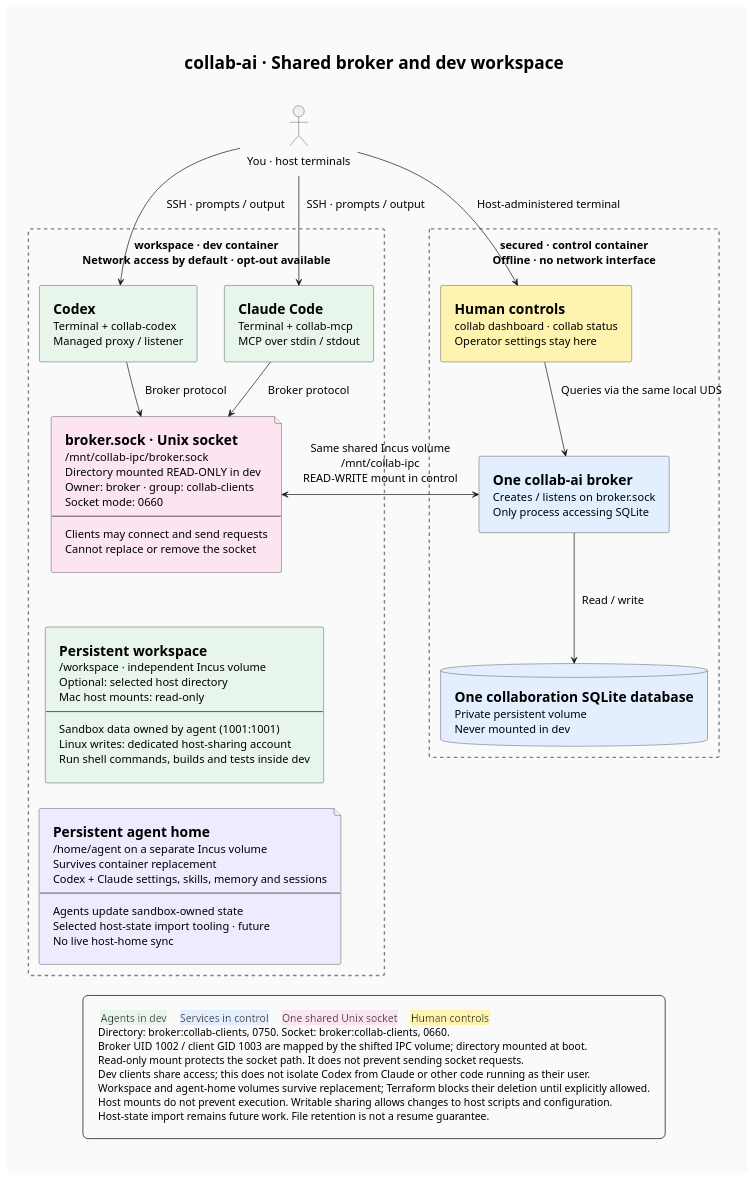
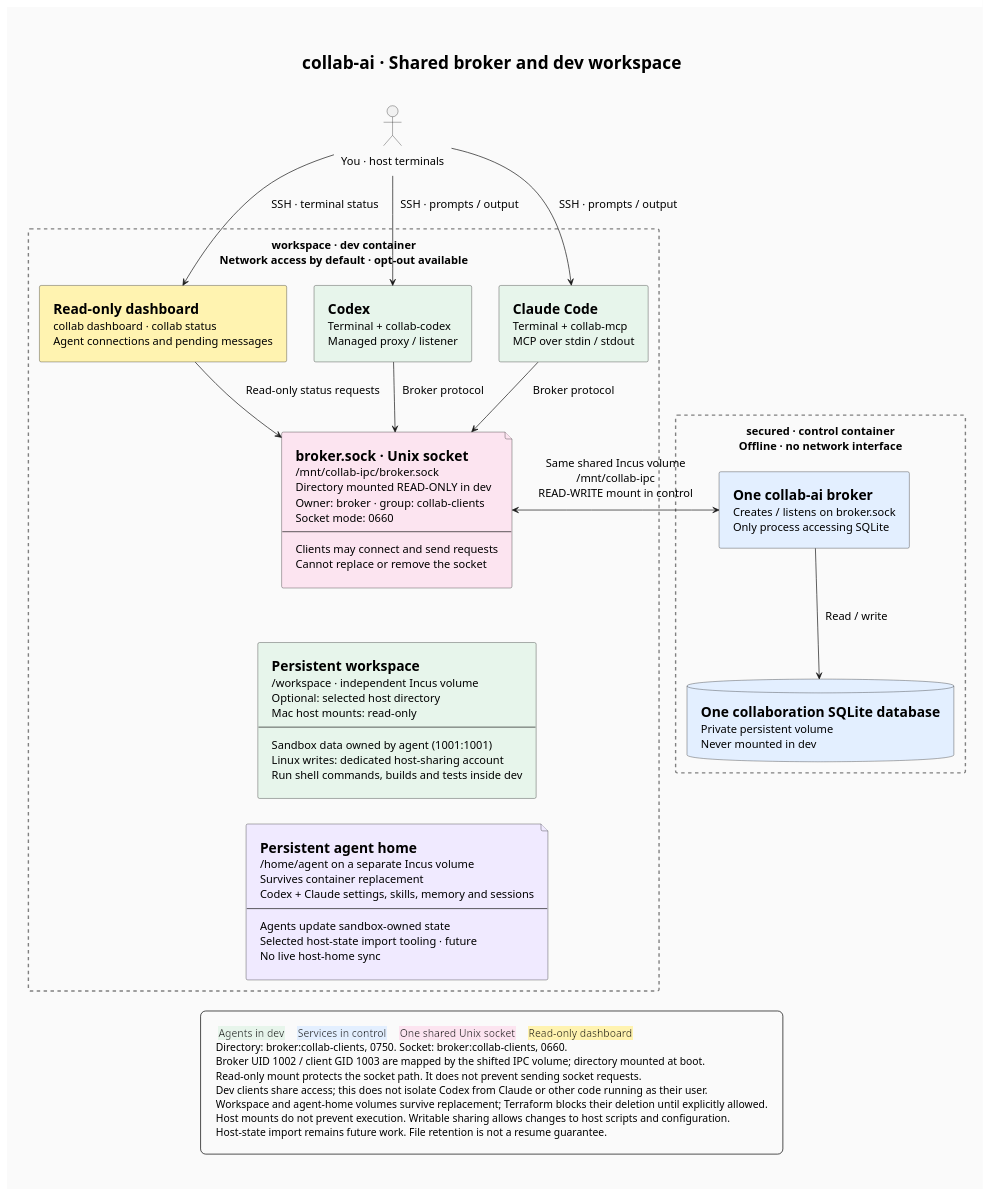
Before and after one commit to makarski/collab-ai: the diagram in docs/assets/architecture.puml, drawn with PlantUML. The commit also changed 9 other files, not shown here.

```diff
--- a/docs/assets/architecture.puml
+++ b/docs/assets/architecture.puml
@@ -1,92 +1,92 @@
 @startuml architecture
 ' Render from the repository root:
 ' plantuml -tsvg -nometadata docs/assets/architecture.puml
 
 title collab-ai · Shared broker and dev workspace
 
 <style>
 title {
     FontSize 25
 }
 document {
     Margin 24
     BackgroundColor #fafafa
 }
 rectangle {
     LineStyle 5
     LineColor #grey
     LineThickness 2
 }
 .HumanControl {
     BackgroundColor #fff3b0
 }
 .Control {
     BackgroundColor #e3efff
 }
 .Dev {
     BackgroundColor #e7f5eb
 }
 .Socket {
     BackgroundColor #fce4f0
 }
 .Storage {
     BackgroundColor #f0eaff
 }
 legend {
     FontSize 15
     Padding 12
 }
 </style>
 
 hide stereotype
 skinparam {
     backgroundColor #fafafa
     shadowing false
     componentStyle rectangle
     defaultFontSize 16
     padding 10
     nodesep 40
     ranksep 35
 }
 
 actor "You · host terminals" as Human
 
 rectangle "workspace · dev container\nNetwork access by default · opt-out available" as Dev {
+    component "=Read-only dashboard\ncollab dashboard · collab status\nAgent connections and pending messages" as Dashboard <<HumanControl>>
     component "=Codex\nTerminal + collab-codex\nManaged proxy / listener" as Codex <<Dev>>
     component "=Claude Code\nTerminal + collab-mcp\nMCP over stdin / stdout" as Claude <<Dev>>
     component "=Persistent workspace\n/workspace · independent Incus volume\nOptional: selected host directory\nMac host mounts: read-only\n--\nSandbox data owned by agent (1001:1001)\nLinux writes: dedicated host-sharing account\nRun shell commands, builds and tests inside dev" as Project <<Dev>>
     file "=Persistent agent home\n/home/agent on a separate Incus volume\nSurvives container replacement\nCodex + Claude settings, skills, memory and sessions\n--\nAgents update sandbox-owned state\nSelected host-state import tooling · future\nNo live host-home sync" as AgentHome <<Storage>>
     file "=broker.sock · Unix socket\n/mnt/collab-ipc/broker.sock\nDirectory mounted READ-ONLY in dev\nOwner: broker · group: collab-clients\nSocket mode: 0660\n--\nClients may connect and send requests\nCannot replace or remove the socket" as Socket <<Socket>>
 }
 
 rectangle "secured · control container\nOffline · no network interface" as Control {
-    component "=Human controls\ncollab dashboard · collab status\nOperator settings stay here" as Dashboard <<HumanControl>>
     component "=One collab-ai broker\nCreates / listens on broker.sock\nOnly process accessing SQLite" as Broker <<Control>>
     database "=One collaboration SQLite database\nPrivate persistent volume\nNever mounted in dev" as DB <<Control>>
 }
 
 Human -down-> Codex : SSH · prompts / output
 Human -down-> Claude : SSH · prompts / output
-Human -down-> Dashboard : Host-administered terminal
+Human -down-> Dashboard : SSH · terminal status
 
 Codex -down-> Socket : Broker protocol
 Claude -down-> Socket : Broker protocol
 Socket -[hidden]down-> Project
 Project -[hidden]down-> AgentHome
 
-Dashboard -down-> Broker : Queries via the same local UDS
+Dashboard -down-> Socket : Read-only status requests
 Broker <-left-> Socket : Same shared Incus volume\n/mnt/collab-ipc\nREAD-WRITE mount in control
 Broker -down-> DB : Read / write
 
 legend bottom
-    <back:#e7f5eb> Agents in dev </back>   <back:#e3efff> Services in control </back>   <back:#fce4f0> One shared Unix socket </back>   <back:#fff3b0> Human controls </back>
+    <back:#e7f5eb> Agents in dev </back>   <back:#e3efff> Services in control </back>   <back:#fce4f0> One shared Unix socket </back>   <back:#fff3b0> Read-only dashboard </back>
     Directory: broker:collab-clients, 0750. Socket: broker:collab-clients, 0660.
     Broker UID 1002 / client GID 1003 are mapped by the shifted IPC volume; directory mounted at boot.
     Read-only mount protects the socket path. It does not prevent sending socket requests.
     Dev clients share access; this does not isolate Codex from Claude or other code running as their user.
     Workspace and agent-home volumes survive replacement; Terraform blocks their deletion until explicitly allowed.
     Host mounts do not prevent execution. Writable sharing allows changes to host scripts and configuration.
     Host-state import remains future work. File retention is not a resume guarantee.
 endlegend
 
 @enduml
```
